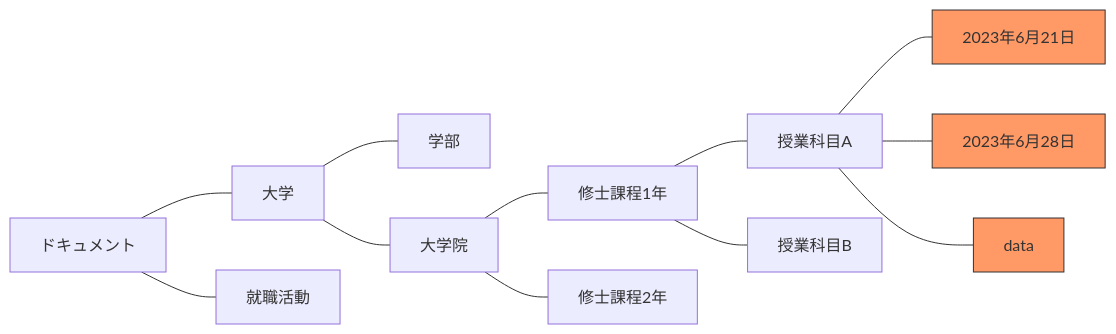
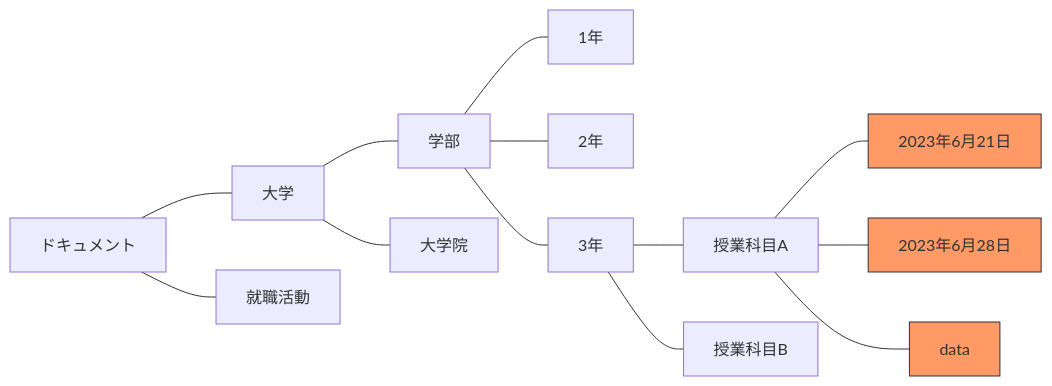
One commit to takeshinishimura/howtouseR changed the fifth of 10 diagrams in Quarto/file_manipulation.qmd. Above: the diagram before and after it, drawn with Mermaid. The commit also changed other lines of this file and 1 other file, not shown here.

````diff
--- a/Quarto/file_manipulation.qmd
+++ b/Quarto/file_manipulation.qmd
@@ -129,17 +129,18 @@
 ```{mermaid}
 flowchart LR
   ドキュメント --- 大学
   ドキュメント --- 就職活動
   大学 --- 学部
   大学 --- 大学院
-  大学院 --- 修士課程1年
-  大学院 --- 修士課程2年
-  修士課程1年 --- 授業科目A
-  修士課程1年 --- 授業科目B
+  学部 --- 1年
+  学部 --- 2年
+  学部 --- 3年
+  3年 --- 授業科目A
+  3年 --- 授業科目B
   授業科目A --- lastweek[2023年6月21日]
   授業科目A --- today[2023年6月28日]
   授業科目A --- data
   style lastweek fill:#f96,stroke:#333
   style today fill:#f96,stroke:#333
   style data fill:#f96,stroke:#333
 ```
````
